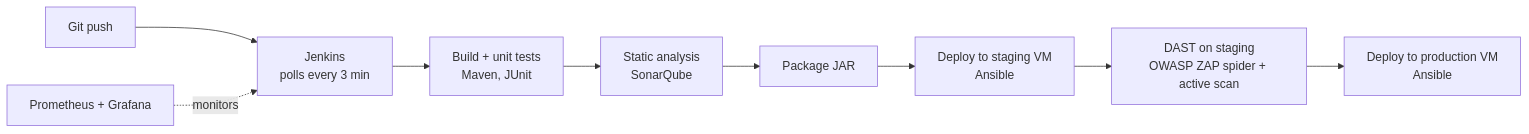
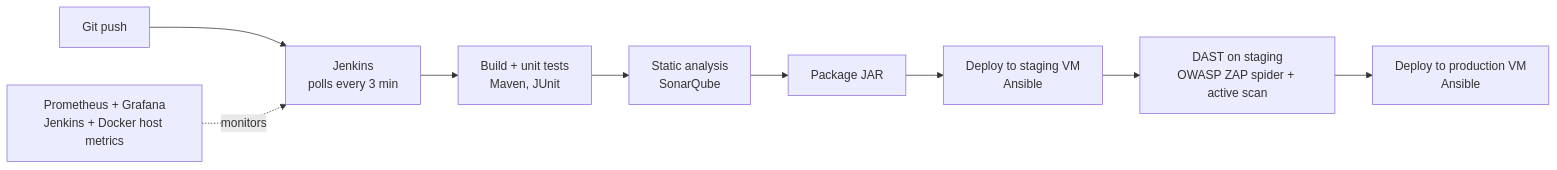
One commit to Drakey-504/petclinic-devsecops-pipeline changed the diagram in README.md. Above: the diagram before and after it, drawn with Mermaid. The commit also changed other lines of this file, not shown here.

Commit message:
Clarify monitoring scope in README (KC)

````diff
--- a/README.md
+++ b/README.md
@@ -12,11 +12,11 @@
 ```mermaid
 flowchart LR
     A[Git push] --> B[Jenkins<br/>polls every 3 min]
     B --> C[Build + unit tests<br/>Maven, JUnit]
     C --> D[Static analysis<br/>SonarQube]
     D --> E[Package JAR]
     E --> F[Deploy to staging VM<br/>Ansible]
     F --> G[DAST on staging<br/>OWASP ZAP spider + active scan]
     G --> H[Deploy to production VM<br/>Ansible]
-    P[Prometheus + Grafana] -. monitors .-> B
+    P[Prometheus + Grafana<br/>Jenkins + Docker host metrics] -. monitors .-> B
 ```
````
